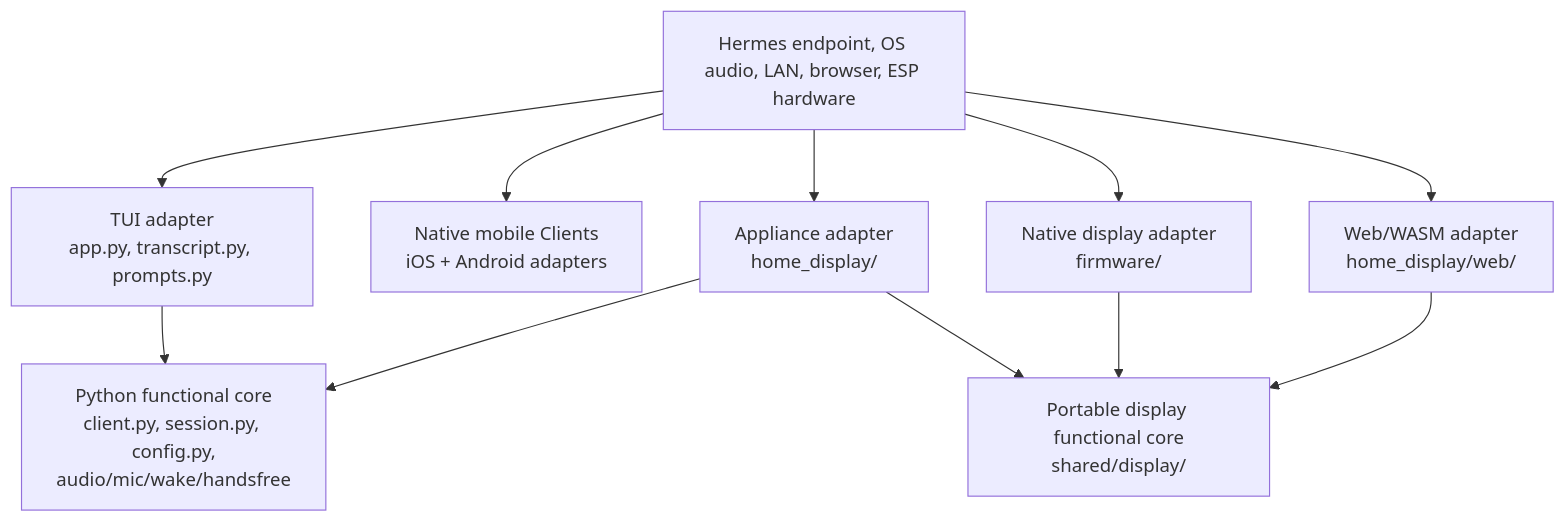
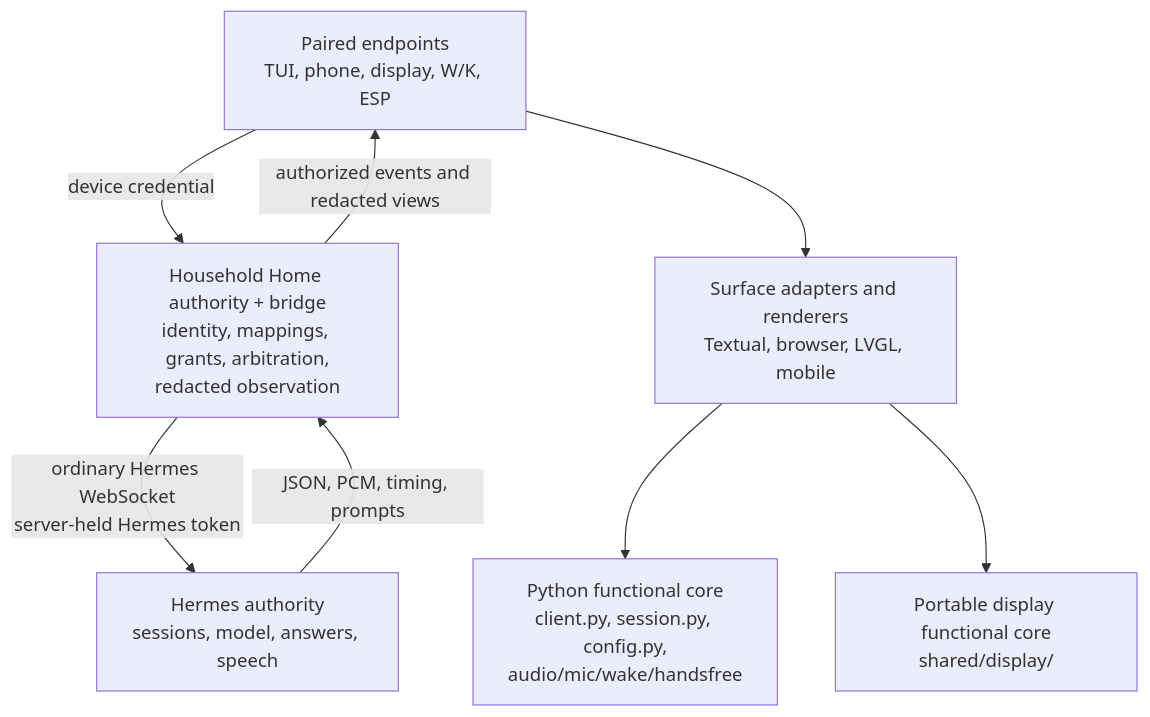
One commit to achappell/hermes-relay-tui changed the first of 2 diagrams in _bmad-output/planning-artifacts/architecture/architecture-hermes-relay-tui-2026-09-08/ARCHITECTURE-SPINE.md. Above: the diagram before and after it, drawn with Mermaid. The commit also changed other lines of this file and 8 other files, not shown here.

First line of the commit message:
docs: reconcile Home next-wave architecture planning

```diff
--- a/_bmad-output/planning-artifacts/architecture/architecture-hermes-relay-tui-2026-09-08/ARCHITECTURE-SPINE.md
+++ b/_bmad-output/planning-artifacts/architecture/architecture-hermes-relay-tui-2026-09-08/ARCHITECTURE-SPINE.md
@@ -53,22 +81,17 @@
 ~~~mermaid
 flowchart TB
-    providers["Hermes endpoint, OS audio, LAN, browser, ESP hardware"]
-    tui["TUI adapter<br/>app.py, transcript.py, prompts.py"]
-    mobile["Native mobile Clients<br/>iOS + Android adapters"]
-    appliance["Appliance adapter<br/>home_display/"]
-    native["Native display adapter<br/>firmware/"]
-    web["Web/WASM adapter<br/>home_display/web/"]
+    endpoint["Paired endpoints<br/>TUI, phone, display, W/K, ESP"]
+    home["Household Home authority + bridge<br/>identity, mappings, grants, arbitration,<br/>redacted observation"]
+    hermes["Hermes authority<br/>sessions, model, answers, speech"]
     pycore["Python functional core<br/>client.py, session.py, config.py,<br/>audio/mic/wake/handsfree"]
     ccore["Portable display functional core<br/>shared/display/"]
+    render["Surface adapters and renderers<br/>Textual, browser, LVGL, mobile"]
 
-    providers --> tui
-    providers --> mobile
-    providers --> appliance
-    providers --> native
-    providers --> web
-    tui --> pycore
-    appliance --> pycore
-    appliance --> ccore
-    native --> ccore
-    web --> ccore
+    endpoint -->|device credential| home
+    home -->|ordinary Hermes WebSocket<br/>server-held Hermes token| hermes
+    hermes -->|JSON, PCM, timing, prompts| home
+    home -->|authorized events and redacted views| endpoint
+    endpoint --> render
+    render --> pycore
+    render --> ccore
 ~~~
```
